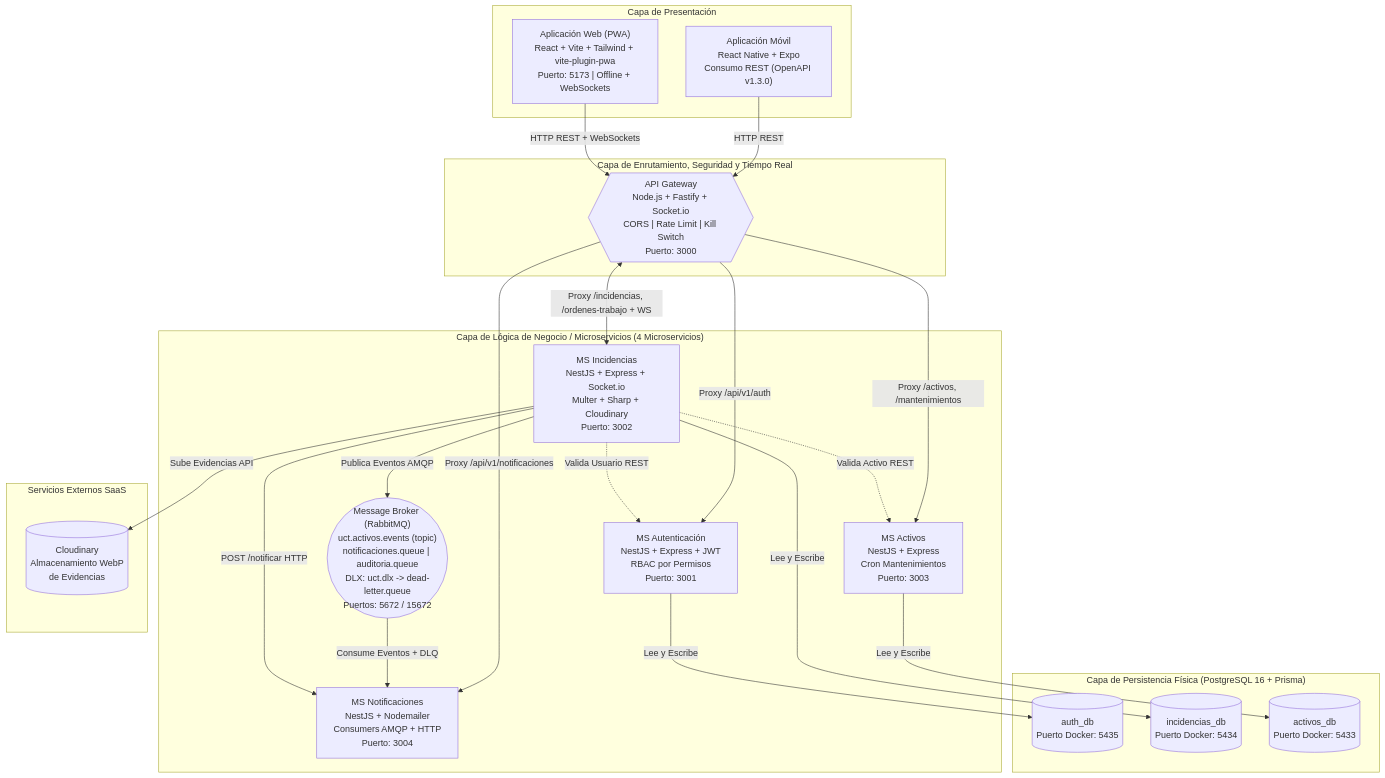
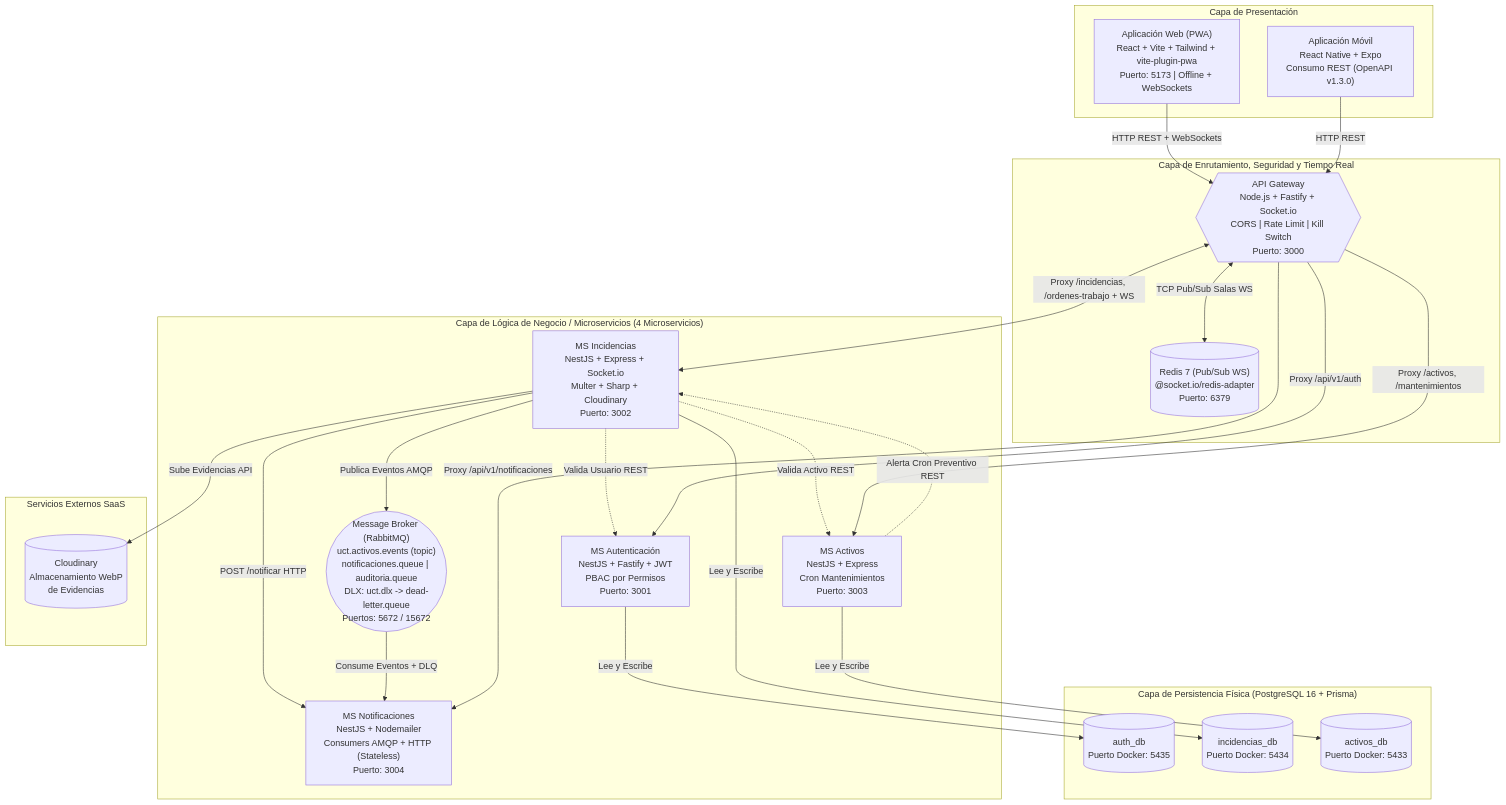
Before and after one commit to Srivera7483/Taller-Integracion-II: the diagram in docs/diagramas/Diagrama de software.mmd, drawn with Mermaid. The commit also changed 30 other files, not shown here.

```diff
--- a/docs/diagramas/Diagrama de software.mmd
+++ b/docs/diagramas/Diagrama de software.mmd
@@ -1,46 +1,49 @@
 flowchart TB
     subgraph Presentacion["Capa de Presentación"]
         Web["Aplicación Web (PWA)<br/>React + Vite + Tailwind + vite-plugin-pwa<br/>Puerto: 5173 | Offline + WebSockets"]
         Mobile["Aplicación Móvil<br/>React Native + Expo<br/>Consumo REST (OpenAPI v1.3.0)"]
     end
 
     subgraph Enrutamiento["Capa de Enrutamiento, Seguridad y Tiempo Real"]
         Gateway{{"API Gateway<br/>Node.js + Fastify + Socket.io<br/>CORS | Rate Limit | Kill Switch<br/>Puerto: 3000"}}
+        Redis[("Redis 7 (Pub/Sub WS)<br/>@socket.io/redis-adapter<br/>Puerto: 6379")]
     end
 
     Web -->|"HTTP REST + WebSockets"| Gateway
     Mobile -->|"HTTP REST"| Gateway
+    Gateway <-->|"TCP Pub/Sub Salas WS"| Redis
 
     subgraph Negocio["Capa de Lógica de Negocio / Microservicios (4 Microservicios)"]
-        MSAuth["MS Autenticación<br/>NestJS + Express + JWT<br/>RBAC por Permisos<br/>Puerto: 3001"]
+        MSAuth["MS Autenticación<br/>NestJS + Fastify + JWT<br/>PBAC por Permisos<br/>Puerto: 3001"]
         MSInc["MS Incidencias<br/>NestJS + Express + Socket.io<br/>Multer + Sharp + Cloudinary<br/>Puerto: 3002"]
         MSAct["MS Activos<br/>NestJS + Express<br/>Cron Mantenimientos<br/>Puerto: 3003"]
-        MSNotif["MS Notificaciones<br/>NestJS + Nodemailer<br/>Consumers AMQP + HTTP<br/>Puerto: 3004"]
+        MSNotif["MS Notificaciones<br/>NestJS + Nodemailer<br/>Consumers AMQP + HTTP (Stateless)<br/>Puerto: 3004"]
         Rabbit(("Message Broker (RabbitMQ)<br/>uct.activos.events (topic)<br/>notificaciones.queue | auditoria.queue<br/>DLX: uct.dlx -> dead-letter.queue<br/>Puertos: 5672 / 15672"))
 
         MSInc -.->|"Valida Usuario REST"| MSAuth
         MSInc -.->|"Valida Activo REST"| MSAct
+        MSAct -.->|"Alerta Cron Preventivo REST"| MSInc
         MSInc -->|"POST /notificar HTTP"| MSNotif
         MSInc -->|"Publica Eventos AMQP"| Rabbit
         Rabbit -->|"Consume Eventos + DLQ"| MSNotif
     end
 
     Gateway -->|"Proxy /api/v1/auth"| MSAuth
     Gateway <-->|"Proxy /incidencias, /ordenes-trabajo + WS"| MSInc
     Gateway -->|"Proxy /activos, /mantenimientos"| MSAct
     Gateway -->|"Proxy /api/v1/notificaciones"| MSNotif
 
     subgraph SaaS["Servicios Externos SaaS"]
         Cloudinary[("Cloudinary<br/>Almacenamiento WebP<br/>de Evidencias")]
     end
 
     subgraph Persistencia["Capa de Persistencia Física (PostgreSQL 16 + Prisma)"]
         AuthDB[("auth_db<br/>Puerto Docker: 5435")]
         IncDB[("incidencias_db<br/>Puerto Docker: 5434")]
         ActDB[("activos_db<br/>Puerto Docker: 5433")]
     end
 
     MSInc -->|"Sube Evidencias API"| Cloudinary
     MSAuth -->|"Lee y Escribe"| AuthDB
     MSInc -->|"Lee y Escribe"| IncDB
     MSAct -->|"Lee y Escribe"| ActDB
```
